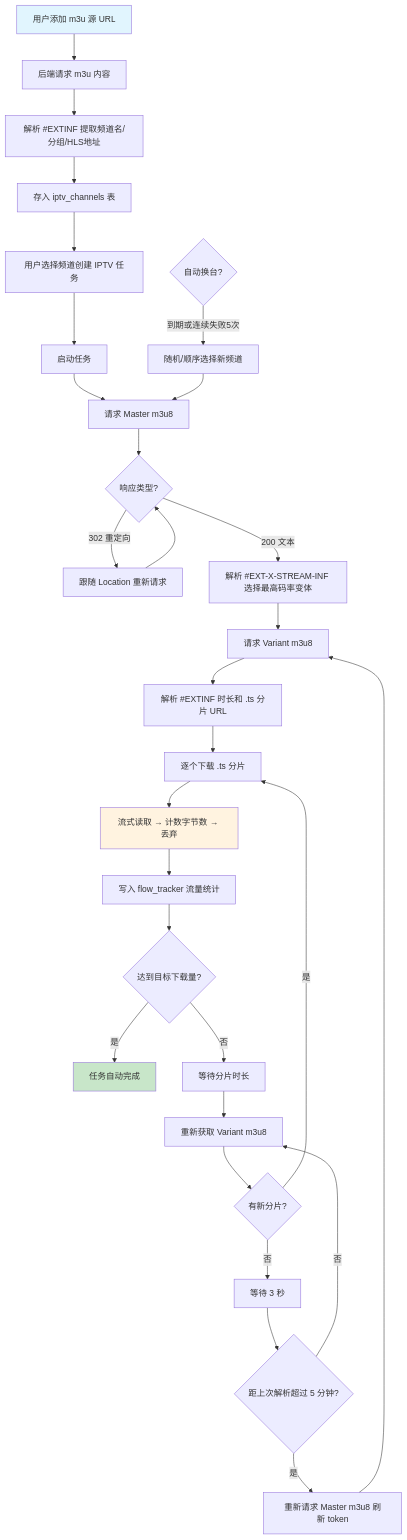
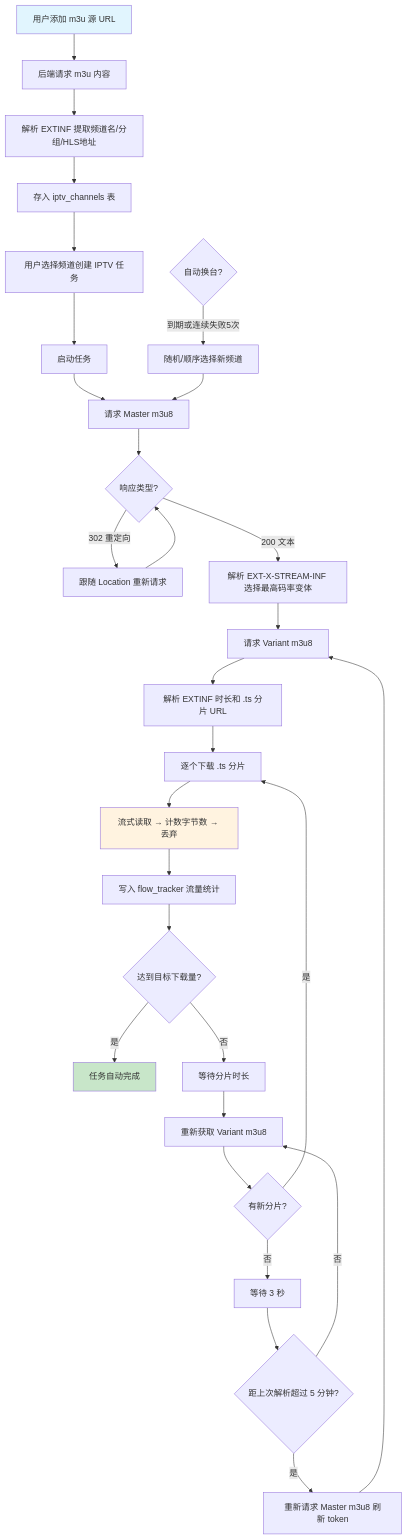
The diagram in docs/iptv-flowchart.md (steamcat1v5/brush_flow), drawn with Mermaid before and after one commit.

Commit message:
fix: remove # from Mermaid node labels
Mermaid treats # as comment syntax. Changed #EXTINF to EXTINF
and #EXT-X-STREAM-INF to EXT-X-STREAM-INF in node labels.

````diff
--- a/docs/iptv-flowchart.md
+++ b/docs/iptv-flowchart.md
@@ -5,35 +5,35 @@
 ```mermaid
 flowchart TD
     A[用户添加 m3u 源 URL] --> B[后端请求 m3u 内容]
-    B --> C[解析 #EXTINF 提取频道名/分组/HLS地址]
+    B --> C[解析 EXTINF 提取频道名/分组/HLS地址]
     C --> D[存入 iptv_channels 表]
     D --> E[用户选择频道创建 IPTV 任务]
     E --> F[启动任务]
     F --> G[请求 Master m3u8]
     G --> H{响应类型?}
     H -->|302 重定向| I[跟随 Location 重新请求]
     I --> H
-    H -->|200 文本| J[解析 #EXT-X-STREAM-INF 选择最高码率变体]
+    H -->|200 文本| J[解析 EXT-X-STREAM-INF 选择最高码率变体]
     J --> K[请求 Variant m3u8]
-    K --> L[解析 #EXTINF 时长和 .ts 分片 URL]
+    K --> L[解析 EXTINF 时长和 .ts 分片 URL]
     L --> M[逐个下载 .ts 分片]
     M --> N[流式读取 → 计数字节数 → 丢弃]
     N --> O[写入 flow_tracker 流量统计]
     O --> P{达到目标下载量?}
     P -->|是| Q[任务自动完成]
     P -->|否| R[等待分片时长]
     R --> S[重新获取 Variant m3u8]
     S --> T{有新分片?}
     T -->|是| M
     T -->|否| U[等待 3 秒]
     U --> V{距上次解析超过 5 分钟?}
     V -->|是| W[重新请求 Master m3u8 刷新 token]
     W --> K
     V -->|否| S
     X{自动换台?} -->|到期或连续失败5次| Y[随机/顺序选择新频道]
     Y --> G
 
     style A fill:#e1f5fe
     style Q fill:#c8e6c9
     style N fill:#fff3e0
 ```
````
